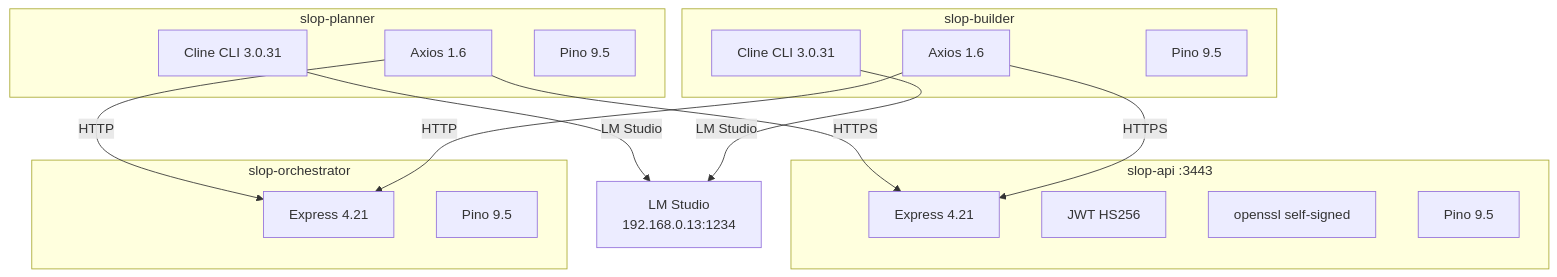
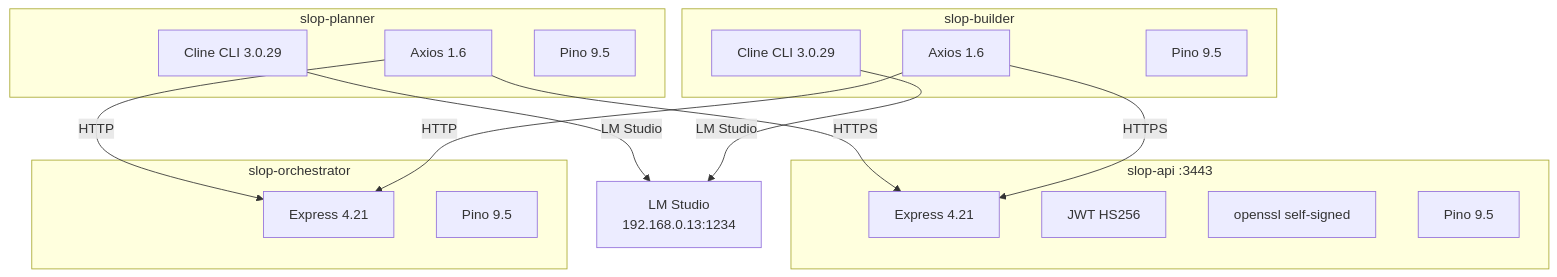
Before and after one commit to jtmb/slop-generator: the diagram in docs/TECH-STACK.md, drawn with Mermaid. The commit also changed other lines of this file and 103 other files, not shown here.

````diff
--- a/docs/TECH-STACK.md
+++ b/docs/TECH-STACK.md
@@ -7,33 +7,33 @@
 ```mermaid
 graph TB
     subgraph API[slop-api :3443]
         EX[Express 4.21]
         JWT[JWT HS256]
         TLS[openssl self-signed]
         PN[Pino 9.5]
     end
 
     subgraph Planner[slop-planner]
-        C1[Cline CLI 3.0.31]
+        C1[Cline CLI 3.0.29]
         A1[Axios 1.6]
         P1[Pino 9.5]
     end
 
     subgraph Builder[slop-builder]
-        C2[Cline CLI 3.0.31]
+        C2[Cline CLI 3.0.29]
         A2[Axios 1.6]
         P2[Pino 9.5]
     end
 
     subgraph Orchestrator[slop-orchestrator]
         EX2[Express 4.21]
         P3[Pino 9.5]
     end
 
     C1 -->|LM Studio| LM[LM Studio<br/>192.168.0.13:1234]
     C2 -->|LM Studio| LM
     A1 -->|HTTPS| EX
     A2 -->|HTTPS| EX
     A1 -->|HTTP| EX2
     A2 -->|HTTP| EX2
 ```
````
